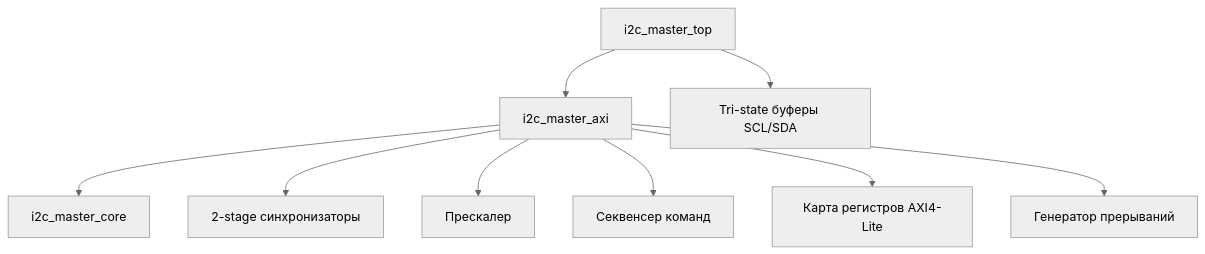
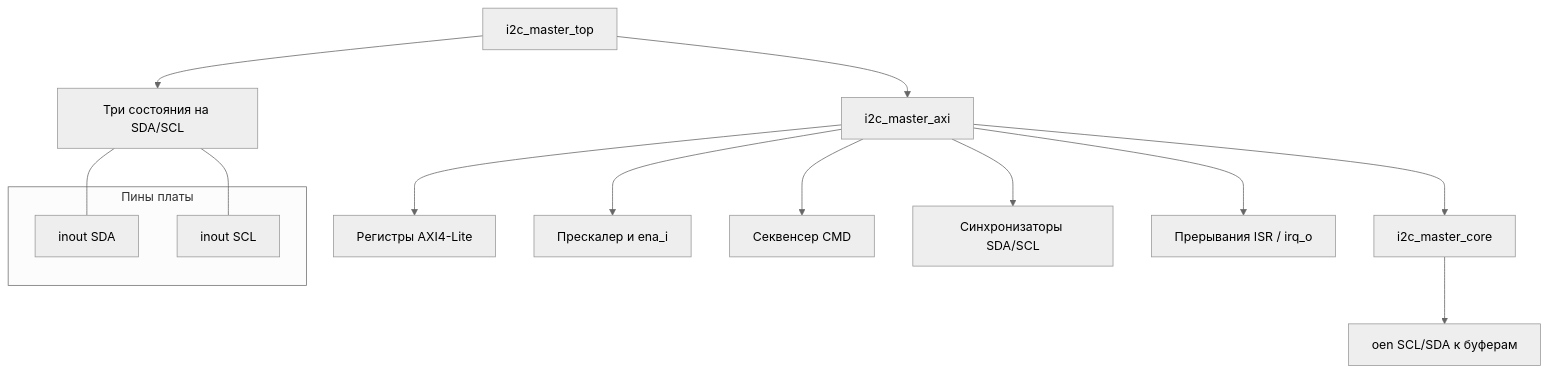
One commit to megalloid/I2C_Master_Controller changed the first of 2 diagrams in doc/DESIGN.md. Above: the diagram before and after it, drawn with Mermaid (neutral theme). The commit also changed other lines of this file and 82 other files, not shown here.

First line of the commit message:
Add Zynq Mini Rev B PS+PL bring-up: Buildroot, Linux DTS/driver/oled-clock, Vitis/Vivado flow

````diff
--- a/doc/DESIGN.md
+++ b/doc/DESIGN.md
@@ -9,11 +23,18 @@
 ```mermaid
 graph TD
-    A[i2c_master_top] --> B[i2c_master_axi]
-    B --> C[i2c_master_core]
-    A --> D[Tri-state буферы SCL/SDA]
-    B --> E[2-stage синхронизаторы]
-    B --> F[Прескалер]
-    B --> G[Секвенсер команд]
-    B --> H[Карта регистров AXI4-Lite]
-    B --> I[Генератор прерываний]
+    subgraph pads["Пины платы"]
+        SDA[inout SDA]
+        SCL[inout SCL]
+    end
+    T[i2c_master_top] --> A[i2c_master_axi]
+    A --> R[Регистры AXI4-Lite]
+    A --> P[Прескалер и ena_i]
+    A --> S[Секвенсер CMD]
+    A --> Y[Синхронизаторы SDA/SCL]
+    A --> I[Прерывания ISR / irq_o]
+    A --> C[i2c_master_core]
+    C --> O[oen SCL/SDA к буферам]
+    T --> B[Три состояния на SDA/SCL]
+    B --- SDA
+    B --- SCL
 ```
````
